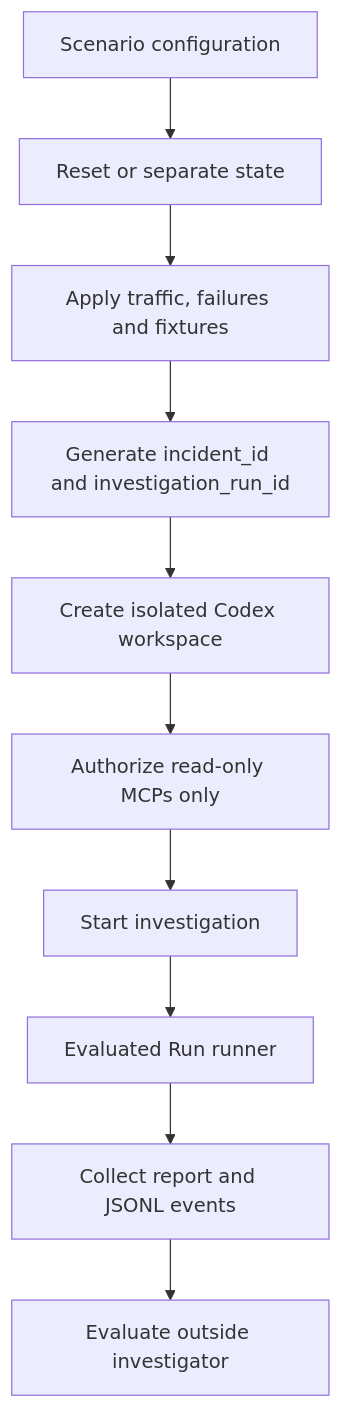
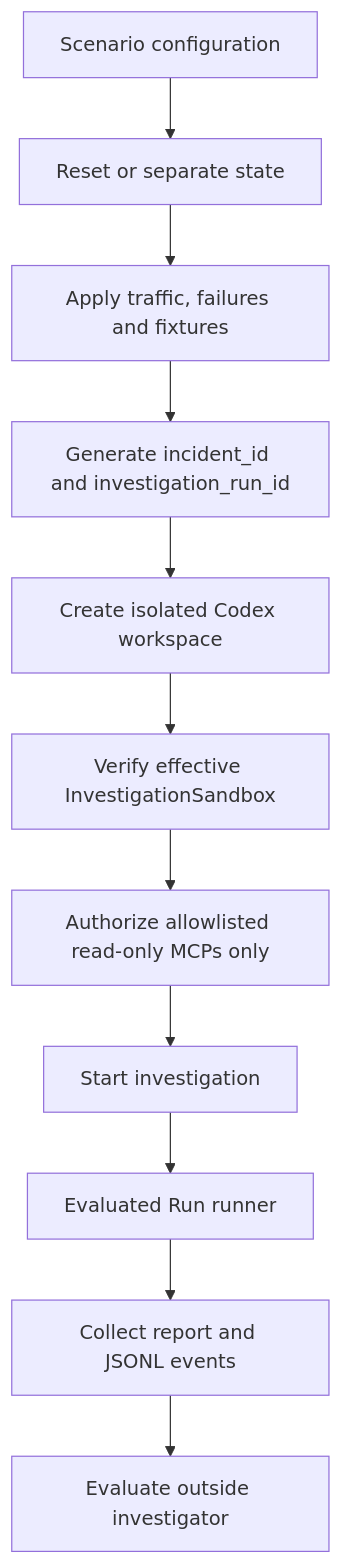
One commit to brenoacker/incident-investigator changed the fourth of 9 diagrams in docs/system-workflow.md. Above: the diagram before and after it, drawn with Mermaid. The commit also changed other lines of this file and 4 other files, not shown here.

Commit message:
feat: isolate read-only investigation environment

````diff
--- a/docs/system-workflow.md
+++ b/docs/system-workflow.md
@@ -123,12 +123,13 @@
 ```mermaid
 flowchart TD
     Config[Scenario configuration] --> Reset[Reset or separate state]
     Reset --> Fixtures[Apply traffic, failures and fixtures]
     Fixtures --> IDs[Generate incident_id and investigation_run_id]
     IDs --> Workspace[Create isolated Codex workspace]
-    Workspace --> Tools[Authorize read-only MCPs only]
+    Workspace --> Sandbox[Verify effective InvestigationSandbox]
+    Sandbox --> Tools[Authorize allowlisted read-only MCPs only]
     Tools --> Start[Start investigation]
     Start --> Runner[Evaluated Run runner]
     Runner --> Collect[Collect report and JSONL events]
     Collect --> ExternalGate[Evaluate outside investigator]
 ```
````
